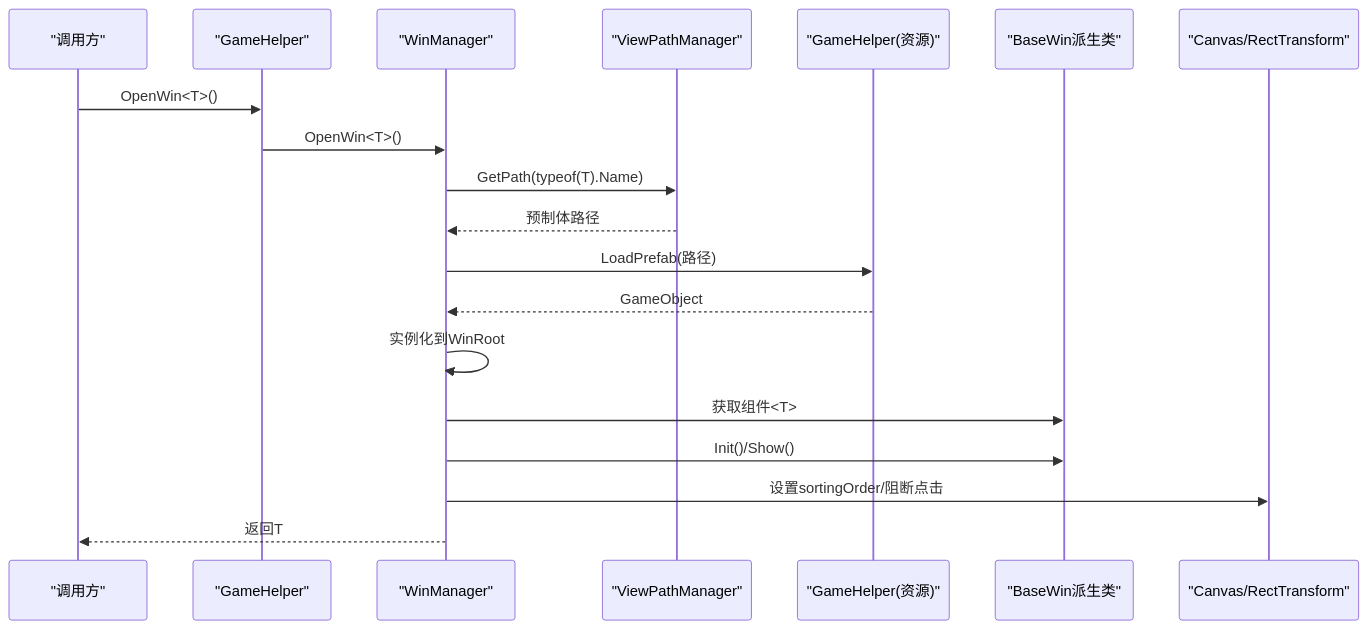
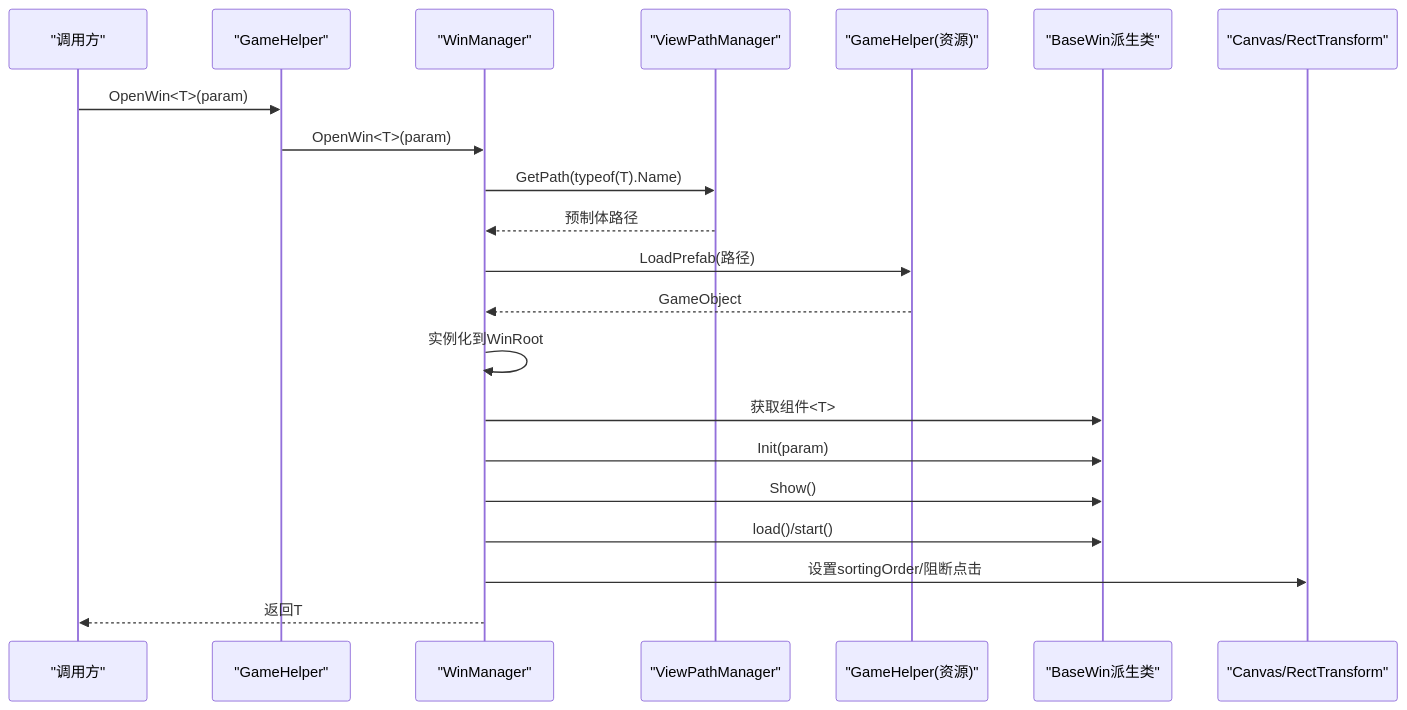
One commit to Tuusen/p1_client changed the second of 9 diagrams in .qoder/repowiki/zh/content/用户界面系统/窗口管理系统.md. Above: the diagram before and after it, drawn with Mermaid. The commit also changed other lines of this file and 21 other files, not shown here.

````diff
--- a/.qoder/repowiki/zh/content/用户界面系统/窗口管理系统.md
+++ b/.qoder/repowiki/zh/content/用户界面系统/窗口管理系统.md
@@ -127,21 +132,23 @@
 ```mermaid
 sequenceDiagram
 participant Caller as "调用方"
 participant Helper as "GameHelper"
 participant Manager as "WinManager"
 participant Path as "ViewPathManager"
 participant Loader as "GameHelper(资源)"
 participant Win as "BaseWin派生类"
 participant Canvas as "Canvas/RectTransform"
-Caller->>Helper : OpenWin<T>()
-Helper->>Manager : OpenWin<T>()
+Caller->>Helper : OpenWin<T>(param)
+Helper->>Manager : OpenWin<T>(param)
 Manager->>Path : GetPath(typeof(T).Name)
 Path-->>Manager : 预制体路径
 Manager->>Loader : LoadPrefab(路径)
 Loader-->>Manager : GameObject
 Manager->>Manager : 实例化到WinRoot
 Manager->>Win : 获取组件<T>
-Manager->>Win : Init()/Show()
+Manager->>Win : Init(param)
+Manager->>Win : Show()
+Manager->>Win : load()/start()
 Manager->>Canvas : 设置sortingOrder/阻断点击
 Manager-->>Caller : 返回T
 ```
````
